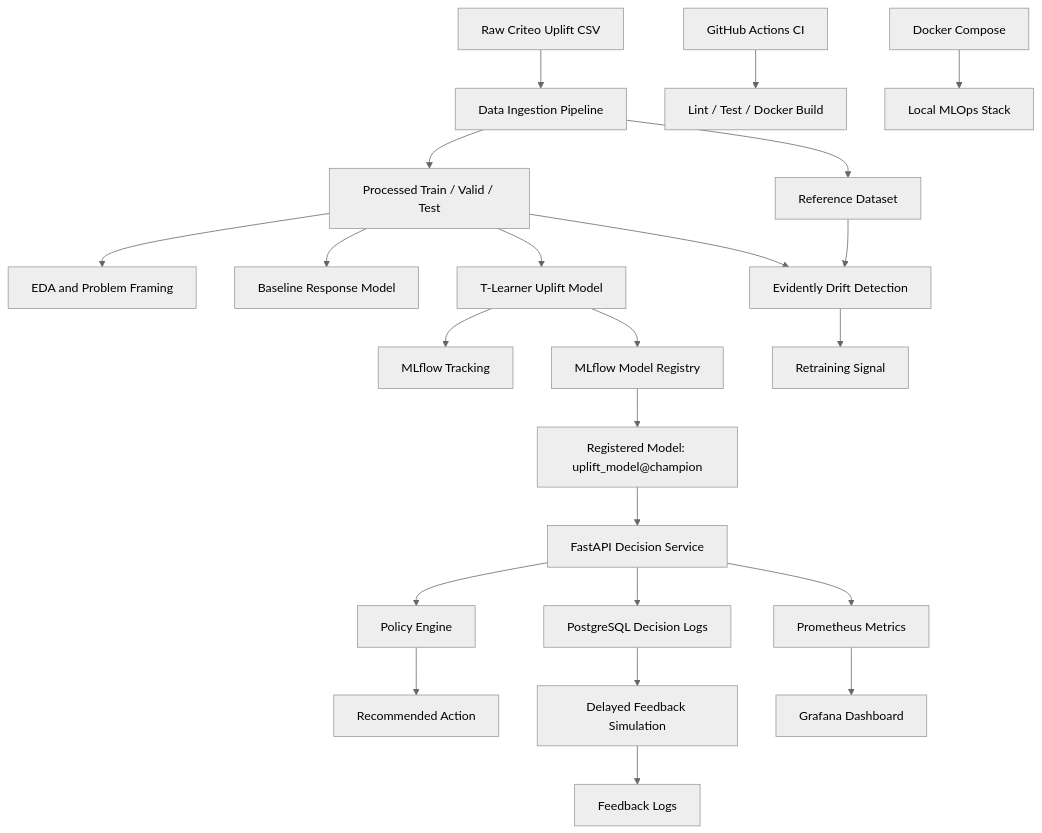
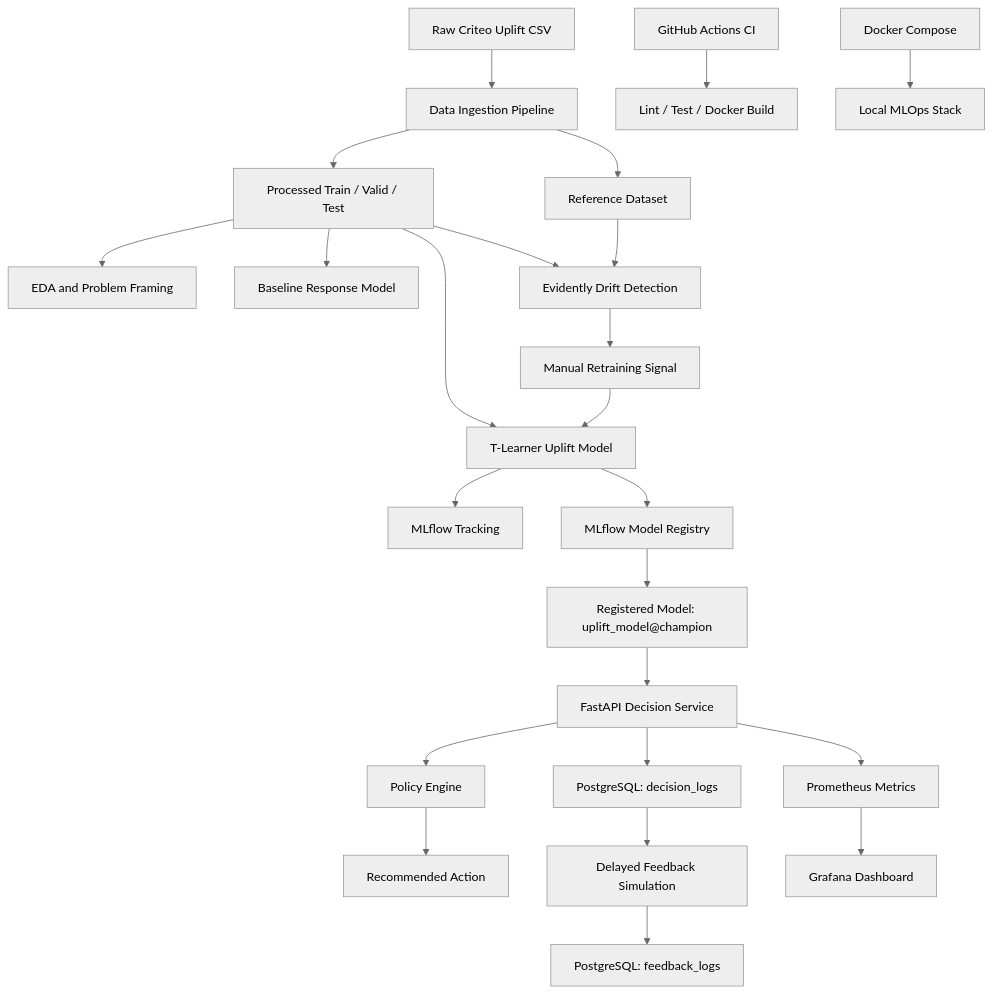
One commit to cyhapun/retention-uplift-mlops changed the diagram in docs/architecture.md. Above: the diagram before and after it, drawn with Mermaid (neutral theme). The commit also changed other lines of this file and 7 other files, not shown here.

````diff
--- a/docs/architecture.md
+++ b/docs/architecture.md
@@ -29,32 +35,33 @@
 ```mermaid
 flowchart TD
     A[Raw Criteo Uplift CSV] --> B[Data Ingestion Pipeline]
     B --> C[Processed Train / Valid / Test]
     B --> D[Reference Dataset]
 
     C --> E[EDA and Problem Framing]
     C --> F[Baseline Response Model]
     C --> G[T-Learner Uplift Model]
 
     G --> H[MLflow Tracking]
     G --> I[MLflow Model Registry]
     I --> J[Registered Model: uplift_model@champion]
 
     J --> K[FastAPI Decision Service]
     K --> L[Policy Engine]
     L --> M[Recommended Action]
 
-    K --> N[PostgreSQL Decision Logs]
+    K --> N[PostgreSQL: decision_logs]
     N --> O[Delayed Feedback Simulation]
-    O --> P[Feedback Logs]
+    O --> P[PostgreSQL: feedback_logs]
 
     K --> Q[Prometheus Metrics]
     Q --> R[Grafana Dashboard]
 
     D --> S[Evidently Drift Detection]
     C --> S
-    S --> T[Retraining Signal]
+    S --> T[Manual Retraining Signal]
+    T --> G
 
     U[GitHub Actions CI] --> V[Lint / Test / Docker Build]
     W[Docker Compose] --> X[Local MLOps Stack]
 ```
````
